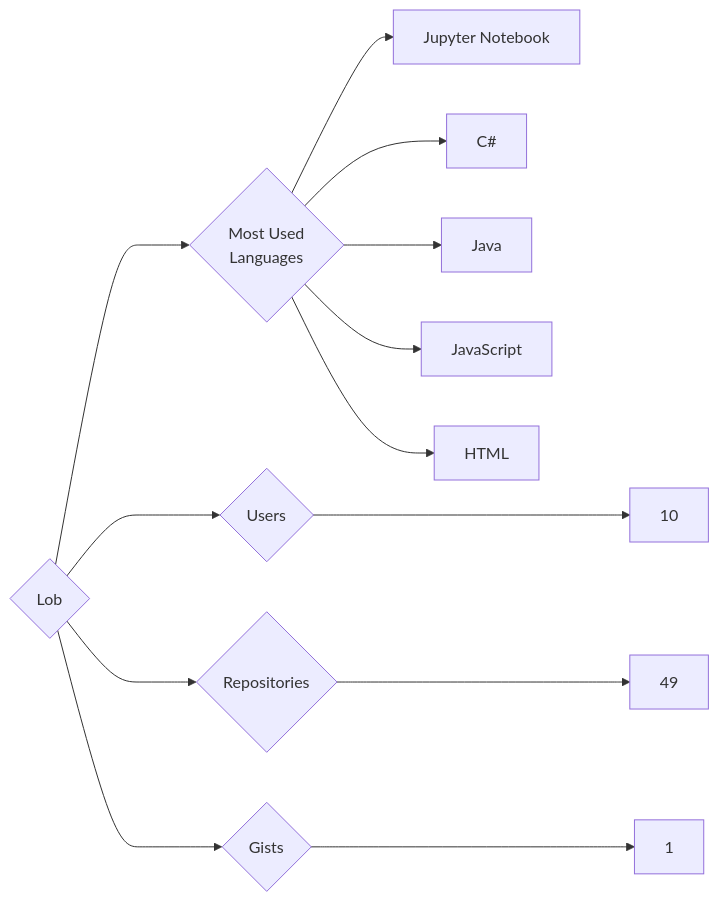
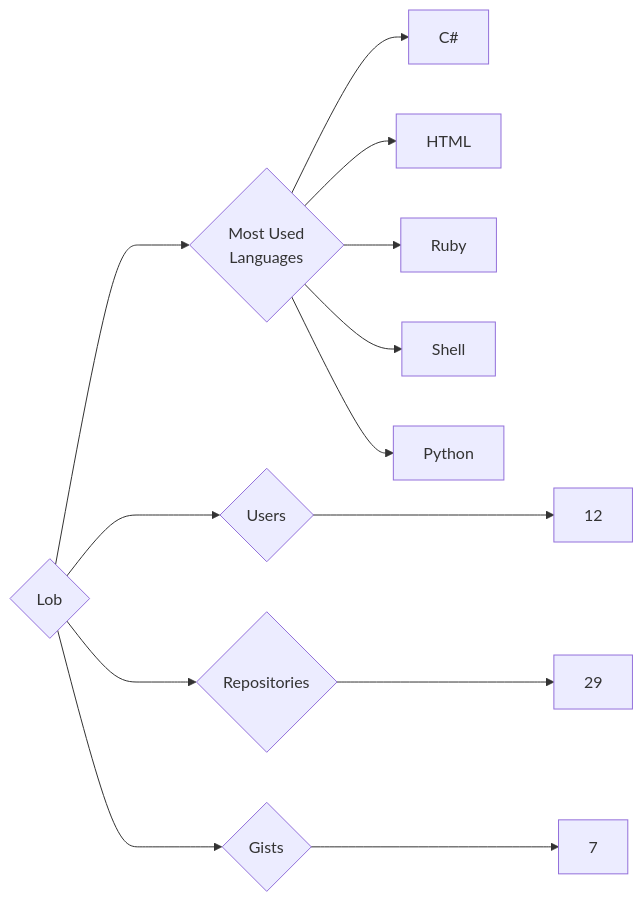
Before and after one commit to trickest/insiders: the diagram in targets/Lob/README.md, drawn with Mermaid. The commit also changed 877 other files, not shown here.

````diff
--- a/targets/Lob/README.md
+++ b/targets/Lob/README.md
@@ -3,13 +3,13 @@
 ```mermaid
 graph LR
 COMPANY_NAME{Lob}
-COMPANY_NAME ---> U{Users} ---> UN[10]
-COMPANY_NAME ---> R{Repositories} ---> RN[49]
-COMPANY_NAME ---> G{Gists} ---> GN[1]
+COMPANY_NAME ---> U{Users} ---> UN[12]
+COMPANY_NAME ---> R{Repositories} ---> RN[29]
+COMPANY_NAME ---> G{Gists} ---> GN[7]
 COMPANY_NAME ---> ML{Most Used<br>Languages}
-ML --> Jupyter_Notebook[Jupyter Notebook]
 ML --> C#[C#]
-ML --> Java[Java]
-ML --> JavaScript[JavaScript]
 ML --> HTML[HTML]
+ML --> Ruby[Ruby]
+ML --> Shell[Shell]
+ML --> Python[Python]
 ```
````
